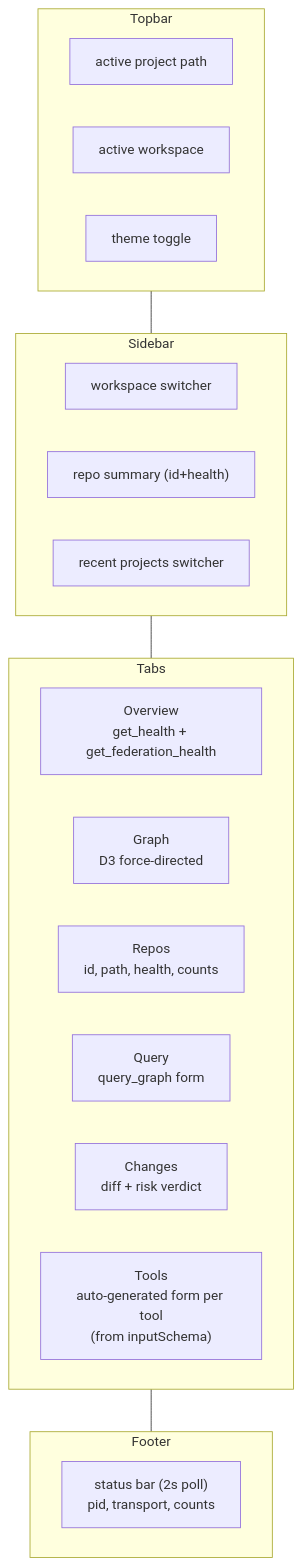
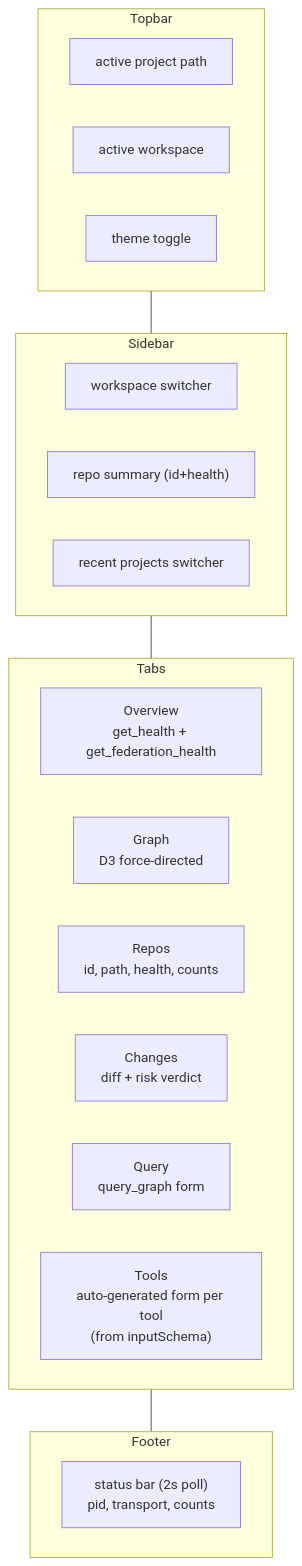
The second of 2 diagrams in docs/command-center.md (spuentesp/lain), drawn with Mermaid before and after one commit. The commit also changed other lines of this file and 1 other file, not shown here.

````diff
--- a/docs/command-center.md
+++ b/docs/command-center.md
@@ -85,31 +85,31 @@
 ```mermaid
 flowchart TB
     subgraph TOP["Topbar"]
         PROJ["active project path"]
         WS["active workspace"]
         TH2["theme toggle"]
     end
 
     subgraph SIDE["Sidebar"]
         WSSW["workspace switcher"]
         REPOSW["repo summary (id+health)"]
         RECENT["recent projects switcher"]
     end
 
     subgraph TABS["Tabs"]
         OVW["Overview<br/>get_health + get_federation_health"]
         GRAPH["Graph<br/>D3 force-directed"]
         REPOSTAB["Repos<br/>id, path, health, counts"]
+        CH2["Changes<br/>diff + risk verdict"]
         Q["Query<br/>query_graph form"]
-        CH2["Changes<br/>diff + risk verdict"]
         TOOLS["Tools<br/>auto-generated form per tool<br/>(from inputSchema)"]
     end
 
     subgraph FOOT["Footer"]
         SB["status bar (2s poll)<br/>pid, transport, counts"]
     end
 
     TOP --- SIDE
     SIDE --- TABS
     TABS --- FOOT
 ```
````
